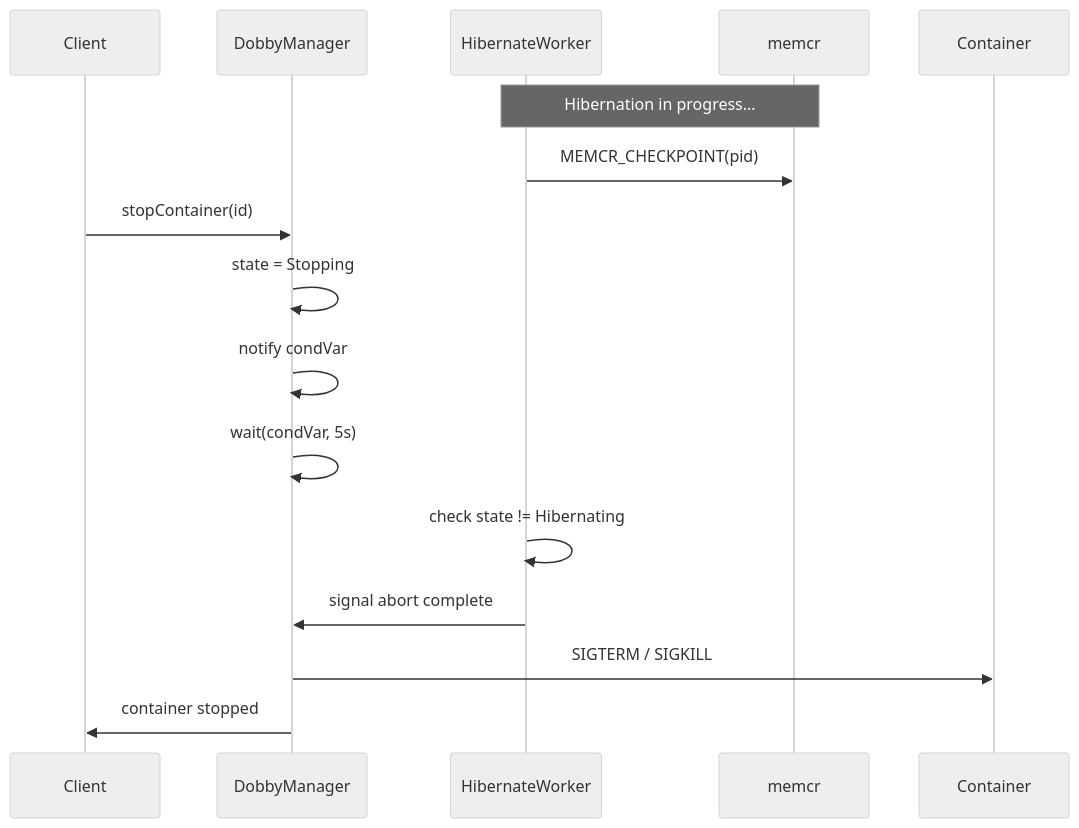
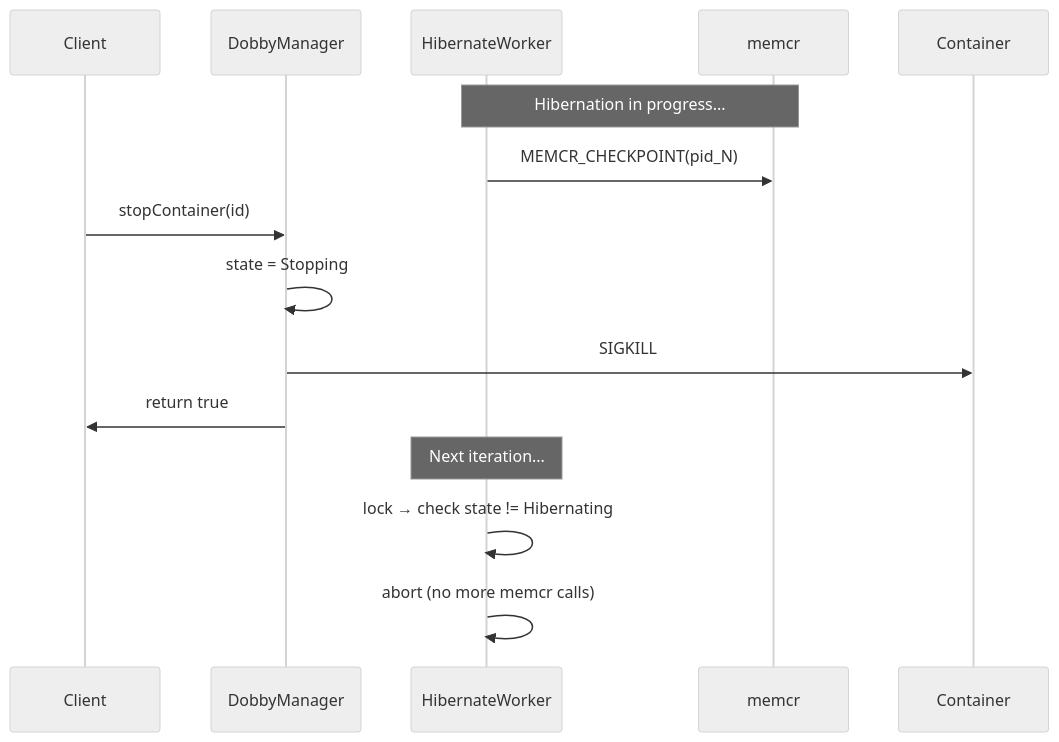
One commit to rdkcentral/Dobby changed the diagram in openspec/specs/proposals/stop-hibernate-sync.md. Above: the diagram before and after it, drawn with Mermaid (neutral theme). The commit also changed other lines of this file and 2 other files, not shown here.

Commit message:
RDKEMW-13969: Sync Dobby Stop with In-Progress Hibernation

````diff
--- a/openspec/specs/proposals/stop-hibernate-sync.md
+++ b/openspec/specs/proposals/stop-hibernate-sync.md
@@ -80,22 +100,20 @@
 ```mermaid
 sequenceDiagram
     participant Client
     participant DobbyManager
     participant HibernateWorker
     participant memcr
     participant Container
 
     Note over HibernateWorker,memcr: Hibernation in progress...
-    HibernateWorker->>memcr: MEMCR_CHECKPOINT(pid)
+    HibernateWorker->>memcr: MEMCR_CHECKPOINT(pid_N)
     
     Client->>DobbyManager: stopContainer(id)
     DobbyManager->>DobbyManager: state = Stopping
-    DobbyManager->>DobbyManager: notify condVar
-    DobbyManager->>DobbyManager: wait(condVar, 5s)
+    DobbyManager->>Container: SIGKILL
+    DobbyManager->>Client: return true
     
-    HibernateWorker->>HibernateWorker: check state != Hibernating
-    HibernateWorker->>DobbyManager: signal abort complete
-    
-    DobbyManager->>Container: SIGTERM / SIGKILL
-    DobbyManager->>Client: container stopped
+    Note over HibernateWorker: Next iteration...
+    HibernateWorker->>HibernateWorker: lock → check state != Hibernating
+    HibernateWorker->>HibernateWorker: abort (no more memcr calls)
 ```
````
